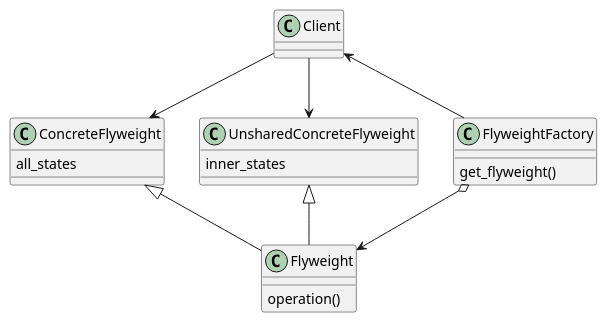
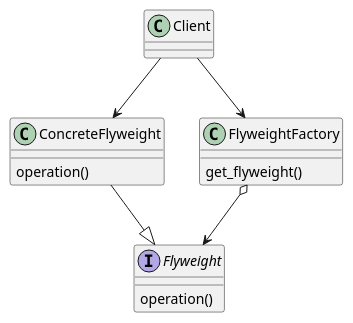
One commit to sirejik/software-design-patterns changed the diagram in structural_patterns/flyweight/flyweight.puml. Above: the diagram before and after it, drawn with PlantUML. The commit also changed 7 other files, not shown here.

```diff
--- a/structural_patterns/flyweight/flyweight.puml
+++ b/structural_patterns/flyweight/flyweight.puml
@@ -1,25 +1,20 @@
 @startuml
 
-class Flyweight {
+interface Flyweight {
     operation()
 }
 class ConcreteFlyweight {
-    all_states
-}
-class UnsharedConcreteFlyweight {
-    inner_states
+    operation()
 }
 class Client {
 }
 class FlyweightFactory {
     get_flyweight()
 }
 
 FlyweightFactory o--> Flyweight
-ConcreteFlyweight <|-- Flyweight
-UnsharedConcreteFlyweight <|-- Flyweight
-Client <-- FlyweightFactory
+ConcreteFlyweight --|> Flyweight
+Client --> FlyweightFactory
 Client --> ConcreteFlyweight
-Client --> UnsharedConcreteFlyweight
 
 @enduml
```
